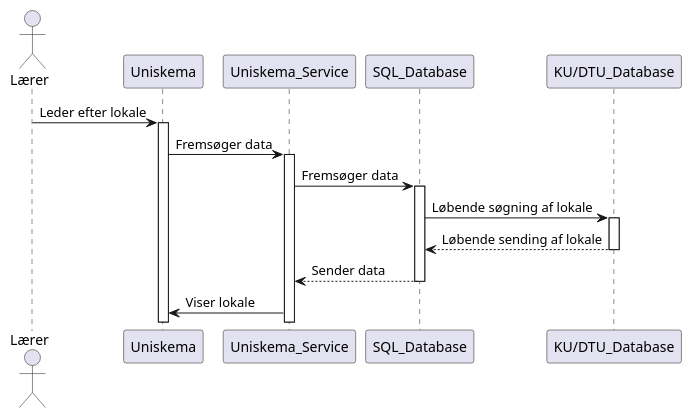
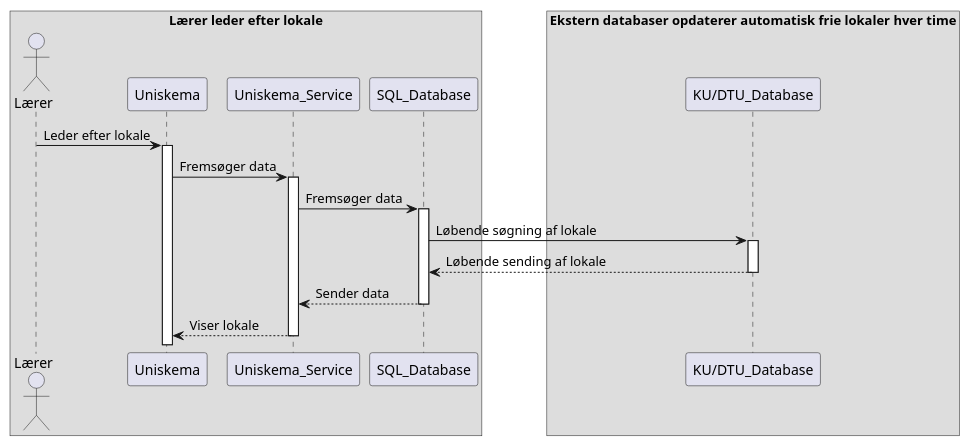
Before and after one commit to MadsSchroder/Systemudvikling-Eksamen-KU: the diagram in Diagrams/AD - SD1.puml, drawn with PlantUML. The commit also changed 3 other files, not shown here.

```diff
--- a/Diagrams/AD - SD1.puml
+++ b/Diagrams/AD - SD1.puml
@@ -1,15 +1,19 @@
 @startuml
 
+box "Lærer leder efter lokale"
 Actor Lærer
 Lærer -> Uniskema: Leder efter lokale
 Activate Uniskema
 Uniskema -> Uniskema_Service: Fremsøger data
 Activate Uniskema_Service
 Uniskema_Service -> SQL_Database: Fremsøger data
 Activate SQL_Database
+end box
+box "Ekstern databaser opdaterer automatisk frie lokaler hver time"
 SQL_Database -> "KU/DTU_Database": Løbende søgning af lokale
 Activate "KU/DTU_Database"
 Return Løbende sending af lokale
 Return Sender data
-Uniskema <- Uniskema_Service: Viser lokale
+Return Viser lokale
+end box
 @enduml
```
